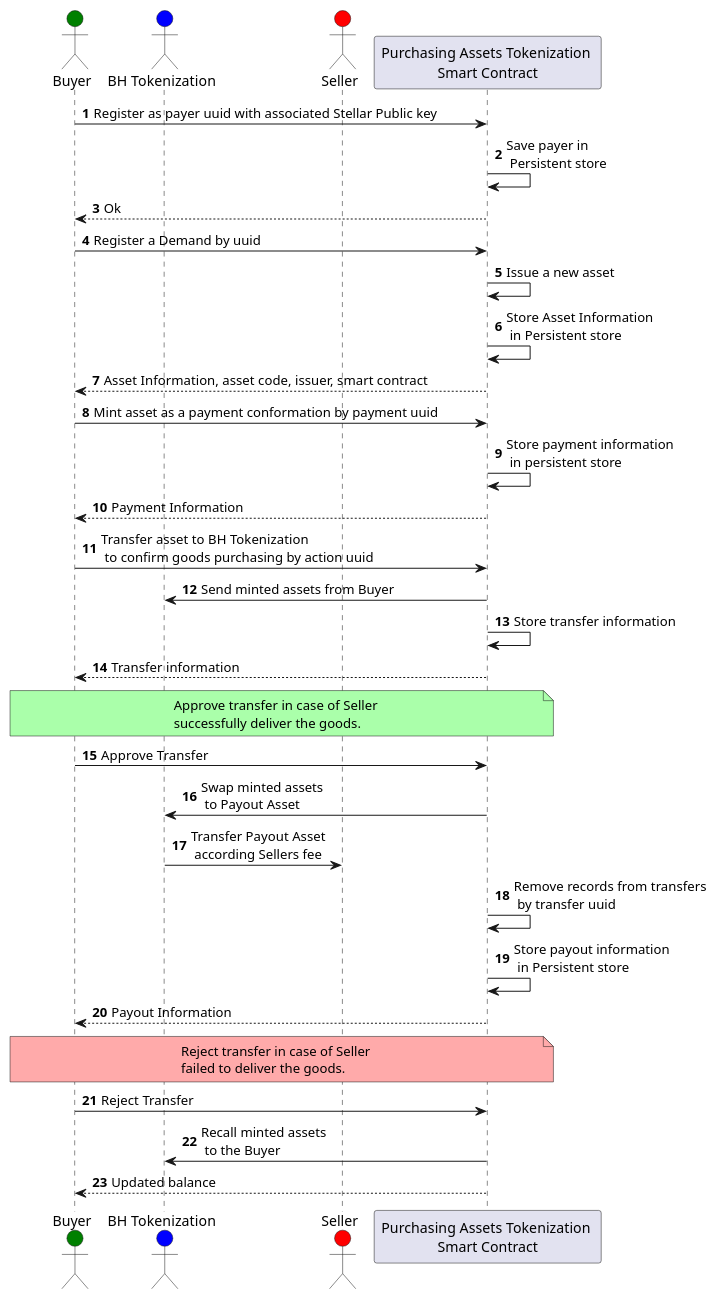
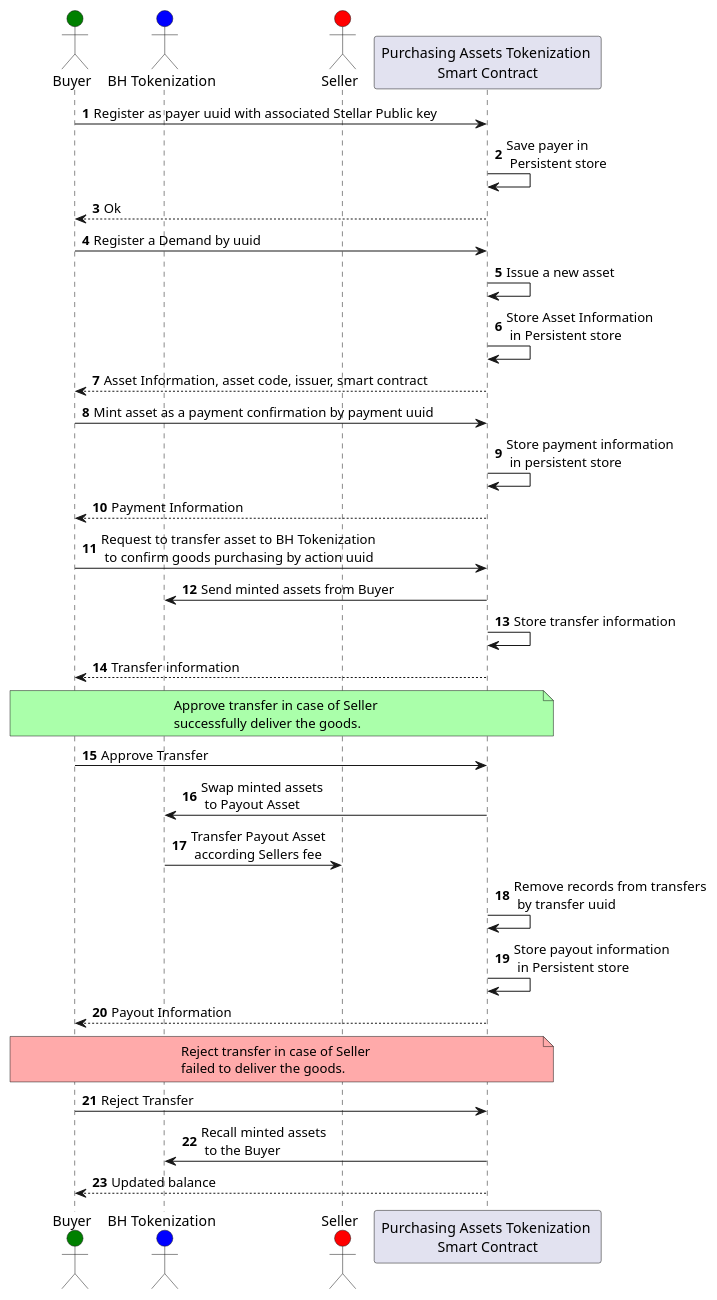
One commit to TatarinovIgor/birdhouse-contract changed the diagram in uml/MasterContract-sequence.puml. Above: the diagram before and after it, drawn with PlantUML. The commit also changed 7 other files, not shown here.

Commit message:
fixes for diagrams

```diff
--- a/uml/MasterContract-sequence.puml
+++ b/uml/MasterContract-sequence.puml
@@ -1,35 +1,35 @@
 @startuml
 'https://plantuml.com/sequence-diagram
 
 autonumber
 
 actor Buyer as Buyer #green
 actor "BH Tokenization" as Merchant #blue
 actor "Seller" as Seller #red
 participant "Purchasing Assets Tokenization \nSmart Contract" as Contract
 Buyer -> Contract: Register as payer uuid with associated Stellar Public key
 Contract -> Contract: Save payer in\n Persistent store
 Contract --> Buyer: Ok
 Buyer -> Contract: Register a Demand by uuid
 Contract -> Contract: Issue a new asset
 Contract -> Contract: Store Asset Information\n in Persistent store
 Contract --> Buyer: Asset Information, asset code, issuer, smart contract
-Buyer -> Contract: Mint asset as a payment conformation by payment uuid
+Buyer -> Contract: Mint asset as a payment confirmation by payment uuid
 Contract -> Contract: Store payment information\n in persistent store
 Contract -->Buyer: Payment Information
-Buyer -> Contract: Transfer asset to BH Tokenization\n to confirm goods purchasing by action uuid
+Buyer -> Contract: Request to transfer asset to BH Tokenization\n to confirm goods purchasing by action uuid
 Contract -> Merchant: Send minted assets from Buyer
 Contract -> Contract: Store transfer information
 Contract --> Buyer: Transfer information
 note over Contract, Buyer #AAFFAA: Approve transfer in case of Seller \nsuccessfully deliver the goods.
 Buyer -> Contract: Approve Transfer
 Contract -> Merchant: Swap minted assets\n to Payout Asset
 Merchant -> Seller: Transfer Payout Asset\n according Sellers fee
 Contract -> Contract: Remove records from transfers\n by transfer uuid
 Contract -> Contract: Store payout information\n in Persistent store
 Contract --> Buyer: Payout Information
 note over Contract, Buyer #FFAAAA: Reject transfer in case of Seller \nfailed to deliver the goods.
 Buyer -> Contract: Reject Transfer
 Contract -> Merchant: Recall minted assets\n to the Buyer
 Contract --> Buyer: Updated balance
 @enduml
```
